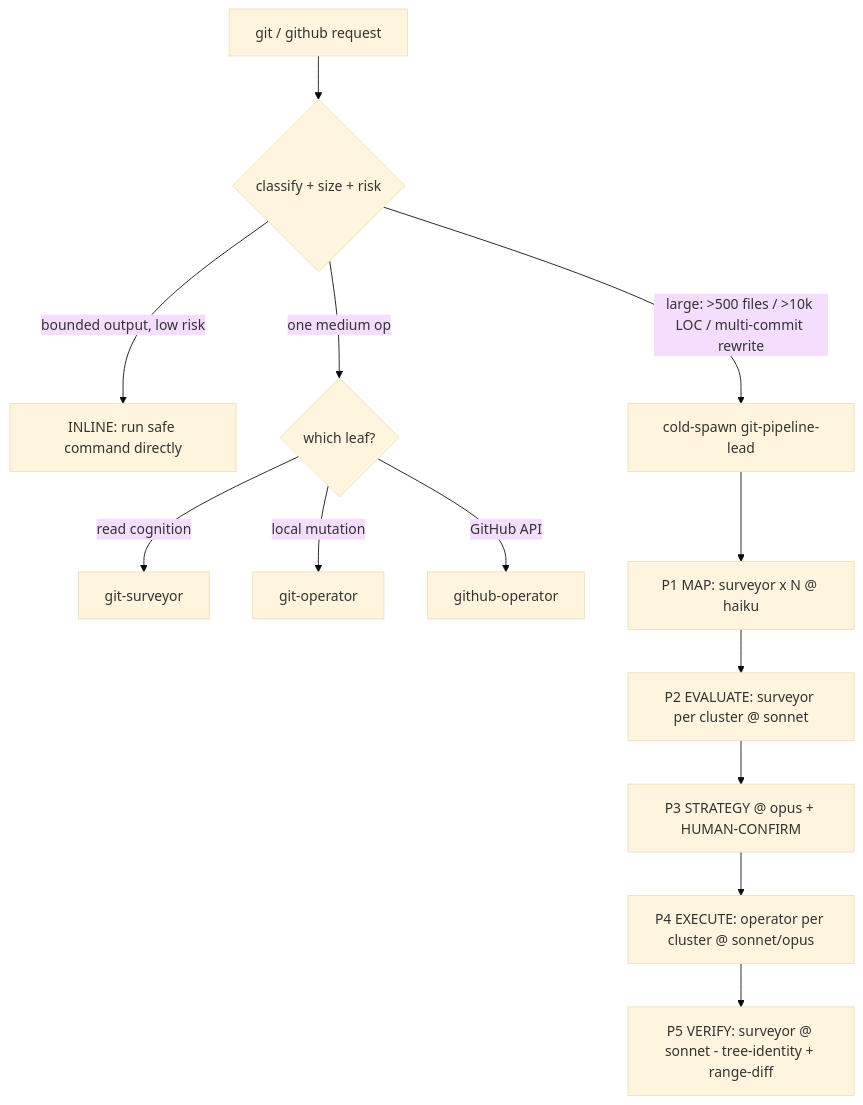
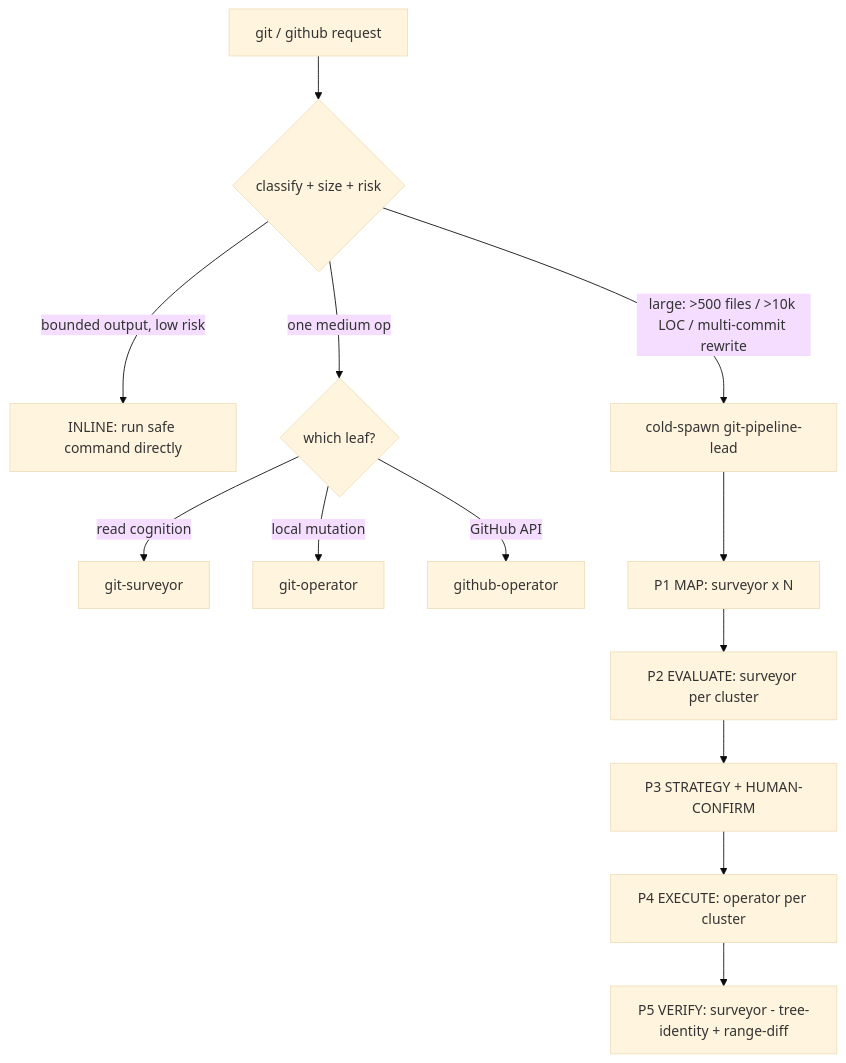
One commit to Viindoo/odoo-mcp-client changed the first of 4 diagrams in plugins/git-toolkit/docs/architecture.md. Above: the diagram before and after it, drawn with Mermaid (base theme). The commit also changed 78 other files, not shown here.

````diff
--- a/plugins/git-toolkit/docs/architecture.md
+++ b/plugins/git-toolkit/docs/architecture.md
@@ -29,17 +29,17 @@
 ```mermaid
 flowchart TD
     U[git / github request] --> C{classify + size + risk}
     C -->|bounded output, low risk| INLINE[INLINE: run safe command directly]
     C -->|one medium op| SD{which leaf?}
     C -->|large: >500 files / >10k LOC / multi-commit rewrite| PL[cold-spawn git-pipeline-lead]
 
     SD -->|read cognition| SV[git-surveyor]
     SD -->|local mutation| OP[git-operator]
     SD -->|GitHub API| GH[github-operator]
 
-    PL --> P1[P1 MAP: surveyor x N @ haiku]
-    P1 --> P2[P2 EVALUATE: surveyor per cluster @ sonnet]
-    P2 --> P3[P3 STRATEGY @ opus + HUMAN-CONFIRM]
-    P3 --> P4[P4 EXECUTE: operator per cluster @ sonnet/opus]
-    P4 --> P5[P5 VERIFY: surveyor @ sonnet - tree-identity + range-diff]
+    PL --> P1[P1 MAP: surveyor x N]
+    P1 --> P2[P2 EVALUATE: surveyor per cluster]
+    P2 --> P3[P3 STRATEGY + HUMAN-CONFIRM]
+    P3 --> P4[P4 EXECUTE: operator per cluster]
+    P4 --> P5[P5 VERIFY: surveyor - tree-identity + range-diff]
 ```
````
